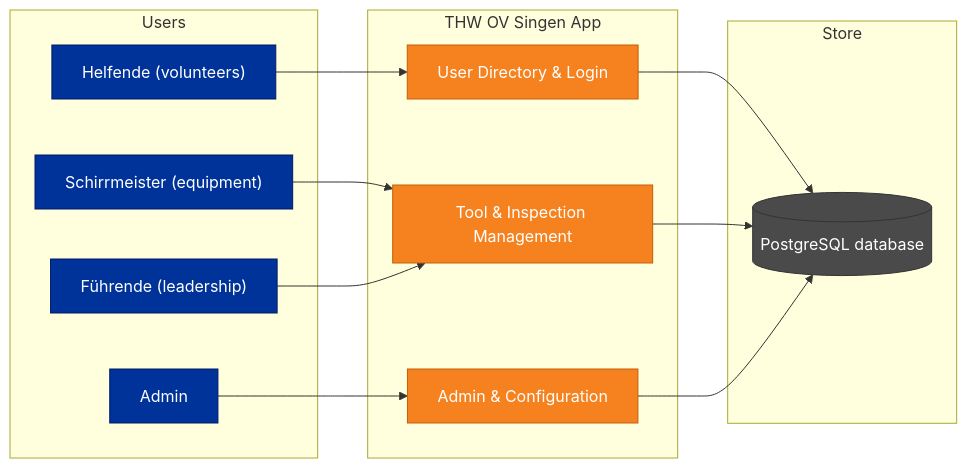
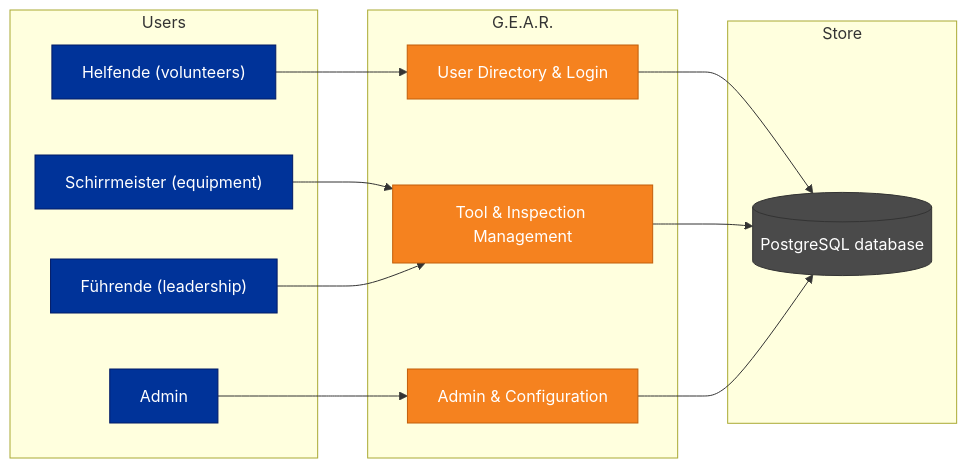
Before and after one commit to saskia-peters/app-ovsingen: the first of 3 diagrams in docs/docs/management-overview.md, drawn with Mermaid. The commit also changed other lines of this file and 37 other files, not shown here.

Commit message:
chore: rebrand THW to GEAR and rename repo app-ovsingen to gear

````diff
--- a/docs/docs/management-overview.md
+++ b/docs/docs/management-overview.md
@@ -47,36 +47,36 @@
 ```mermaid
 flowchart LR
     subgraph Users
         V["Helfende (volunteers)"]
         S["Schirrmeister (equipment)"]
         L["Führende (leadership)"]
         A["Admin"]
     end
 
-    subgraph App["THW OV Singen App"]
+    subgraph App["G.E.A.R."]
         U["User Directory & Login"]
         T["Tool & Inspection Management"]
         M["Admin & Configuration"]
     end
 
     subgraph Store
         DB[("PostgreSQL database")]
     end
 
     V --> U
     S --> T
     L --> T
     A --> M
 
     U --> DB
     T --> DB
     M --> DB
 
     classDef user fill:#003399,color:#fff,stroke:#001a66;
     classDef app fill:#f5821f,color:#fff,stroke:#c25e0a;
     classDef db fill:#4a4a4a,color:#fff,stroke:#333;
 
     class V,S,L,A user;
     class U,T,M app;
     class DB db;
 ```
````
